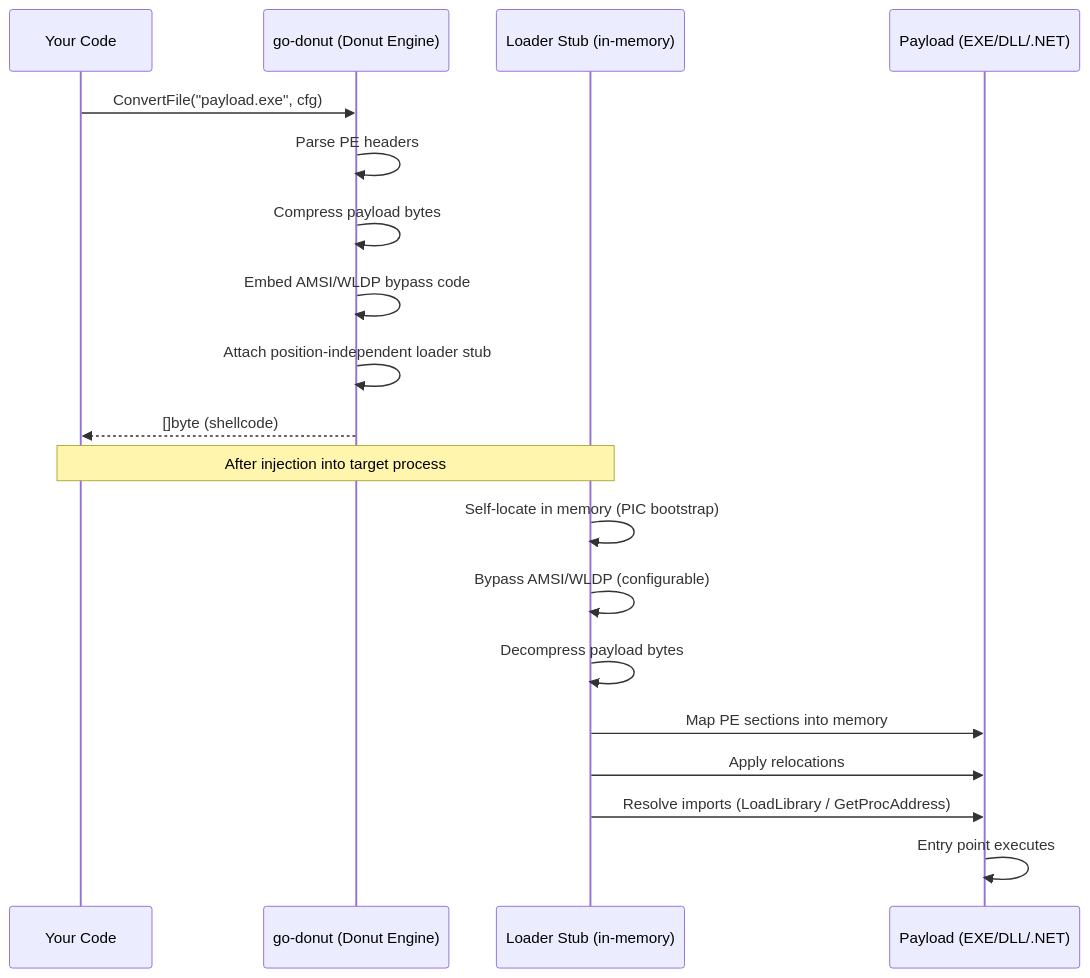
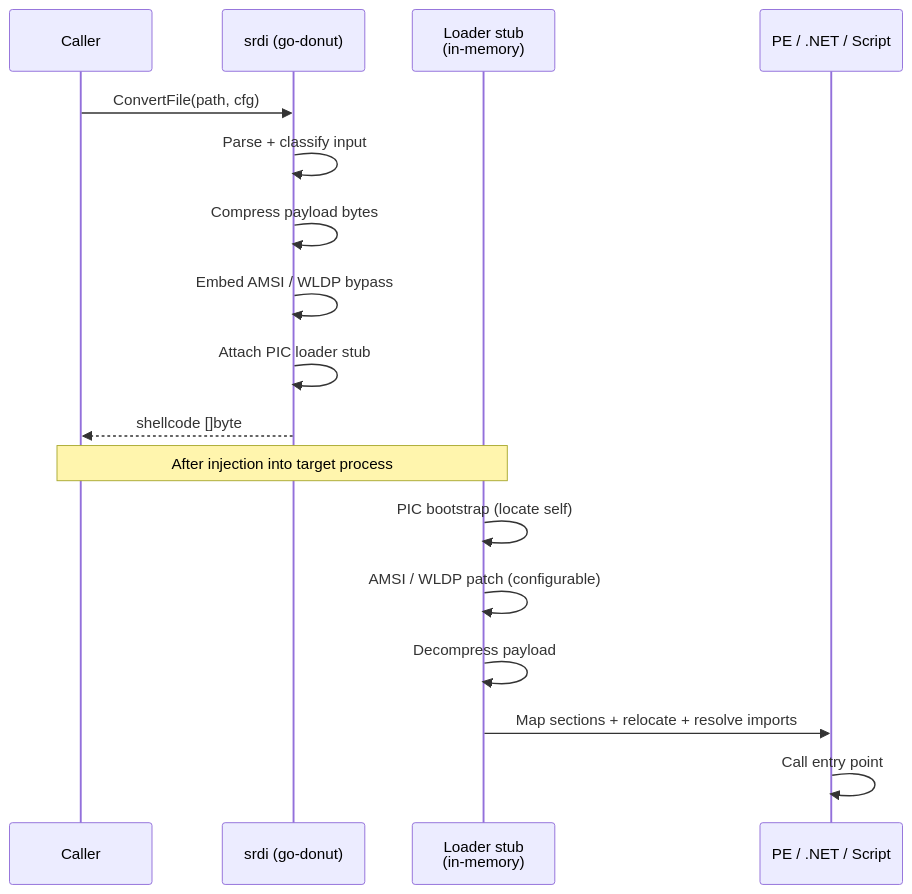
The diagram in docs/techniques/pe/pe-to-shellcode.md (oioio-space/maldev), drawn with Mermaid before and after one commit. The commit also changed other lines of this file and 7 other files, not shown here.

````diff
--- a/docs/techniques/pe/pe-to-shellcode.md
+++ b/docs/techniques/pe/pe-to-shellcode.md
@@ -21,24 +37,21 @@
 ```mermaid
 sequenceDiagram
-    participant Caller as Your Code
-    participant Donut as go-donut (Donut Engine)
-    participant Stub as Loader Stub (in-memory)
-    participant PE as Payload (EXE/DLL/.NET)
+    participant Caller
+    participant Donut as srdi (go-donut)
+    participant Stub as Loader stub<br/>(in-memory)
+    participant Payload as PE / .NET / Script
 
-    Caller->>Donut: ConvertFile("payload.exe", cfg)
-    Donut->>Donut: Parse PE headers
+    Caller->>Donut: ConvertFile(path, cfg)
+    Donut->>Donut: Parse + classify input
     Donut->>Donut: Compress payload bytes
-    Donut->>Donut: Embed AMSI/WLDP bypass code
-    Donut->>Donut: Attach position-independent loader stub
-    Donut-->>Caller: []byte (shellcode)
+    Donut->>Donut: Embed AMSI / WLDP bypass
+    Donut->>Donut: Attach PIC loader stub
+    Donut-->>Caller: shellcode []byte
 
     Note over Caller,Stub: After injection into target process
-
-    Stub->>Stub: Self-locate in memory (PIC bootstrap)
-    Stub->>Stub: Bypass AMSI/WLDP (configurable)
-    Stub->>Stub: Decompress payload bytes
-    Stub->>PE: Map PE sections into memory
-    Stub->>PE: Apply relocations
-    Stub->>PE: Resolve imports (LoadLibrary / GetProcAddress)
-    PE->>PE: Entry point executes
+    Stub->>Stub: PIC bootstrap (locate self)
+    Stub->>Stub: AMSI / WLDP patch (configurable)
+    Stub->>Stub: Decompress payload
+    Stub->>Payload: Map sections + relocate + resolve imports
+    Payload->>Payload: Call entry point
 ```
````
